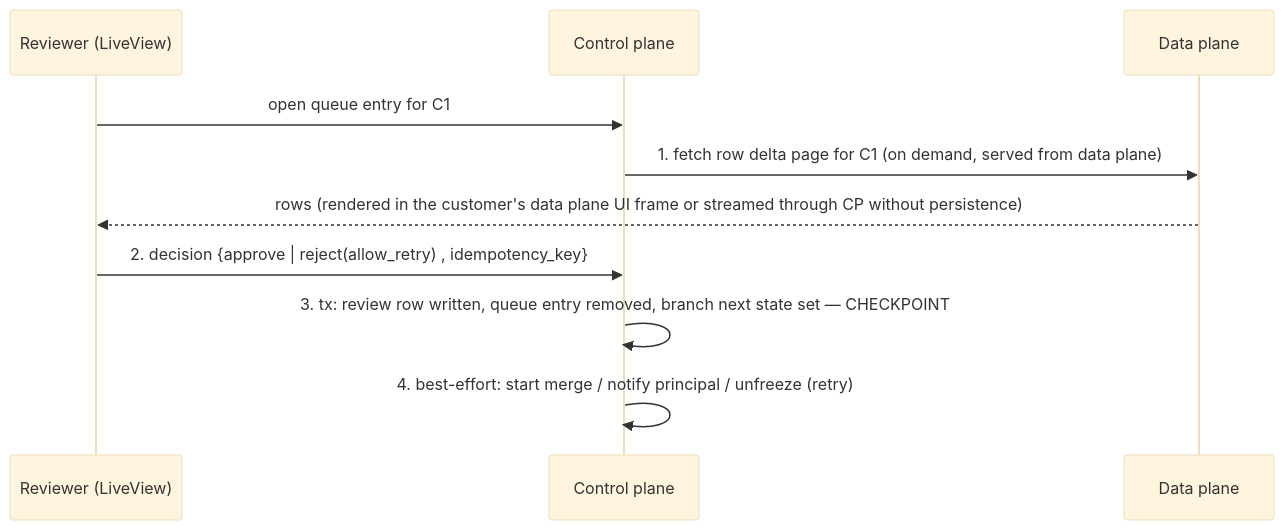
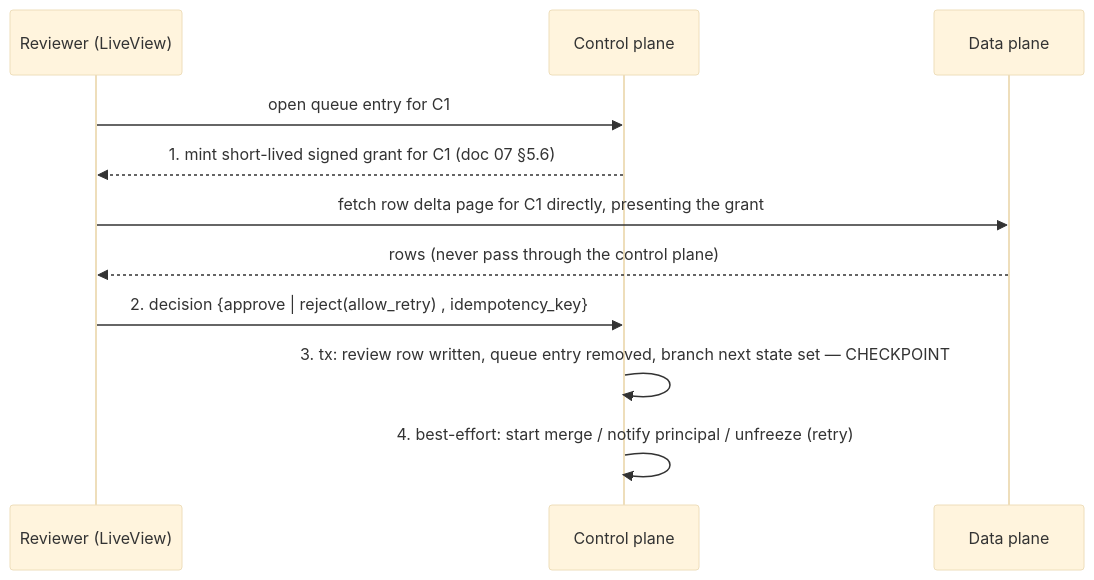
The fifth of 7 diagrams in docs/20-contracts/13-branch-and-merge-lifecycle.md (sunprema/steward), drawn with Mermaid (base theme) before and after one commit. The commit also changed other lines of this file and 9 other files, not shown here.

````diff
--- a/docs/20-contracts/13-branch-and-merge-lifecycle.md
+++ b/docs/20-contracts/13-branch-and-merge-lifecycle.md
@@ -226,13 +228,14 @@
 ```mermaid
 sequenceDiagram
     participant R as Reviewer (LiveView)
     participant CP as Control plane
     participant DP as Data plane
 
     R->>CP: open queue entry for C1
-    CP->>DP: 1. fetch row delta page for C1 (on demand, served from data plane)
-    DP-->>R: rows (rendered in the customer's data plane UI frame or streamed through CP without persistence)
+    CP-->>R: 1. mint short-lived signed grant for C1 (doc 07 §5.6)
+    R->>DP: fetch row delta page for C1 directly, presenting the grant
+    DP-->>R: rows (never pass through the control plane)
     R->>CP: 2. decision {approve | reject(allow_retry) , idempotency_key}
     CP->>CP: 3. tx: review row written, queue entry removed, branch next state set — CHECKPOINT
     CP->>CP: 4. best-effort: start merge / notify principal / unfreeze (retry)
 ```
````
